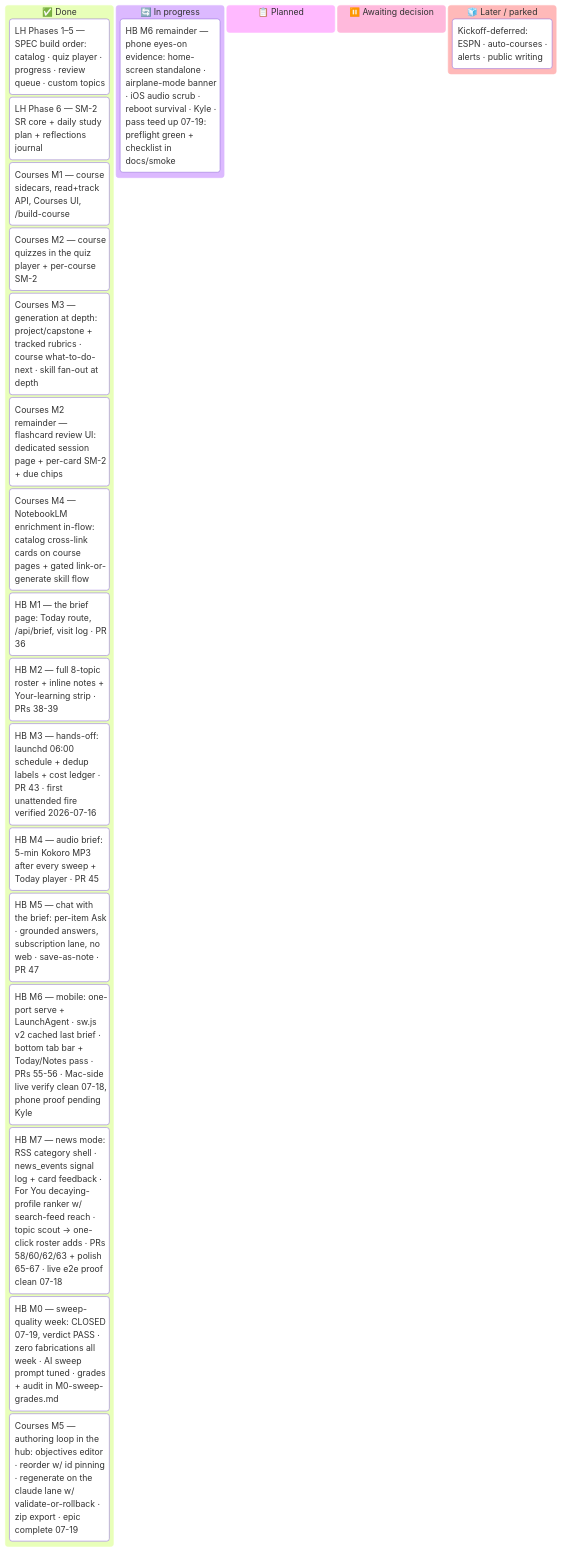
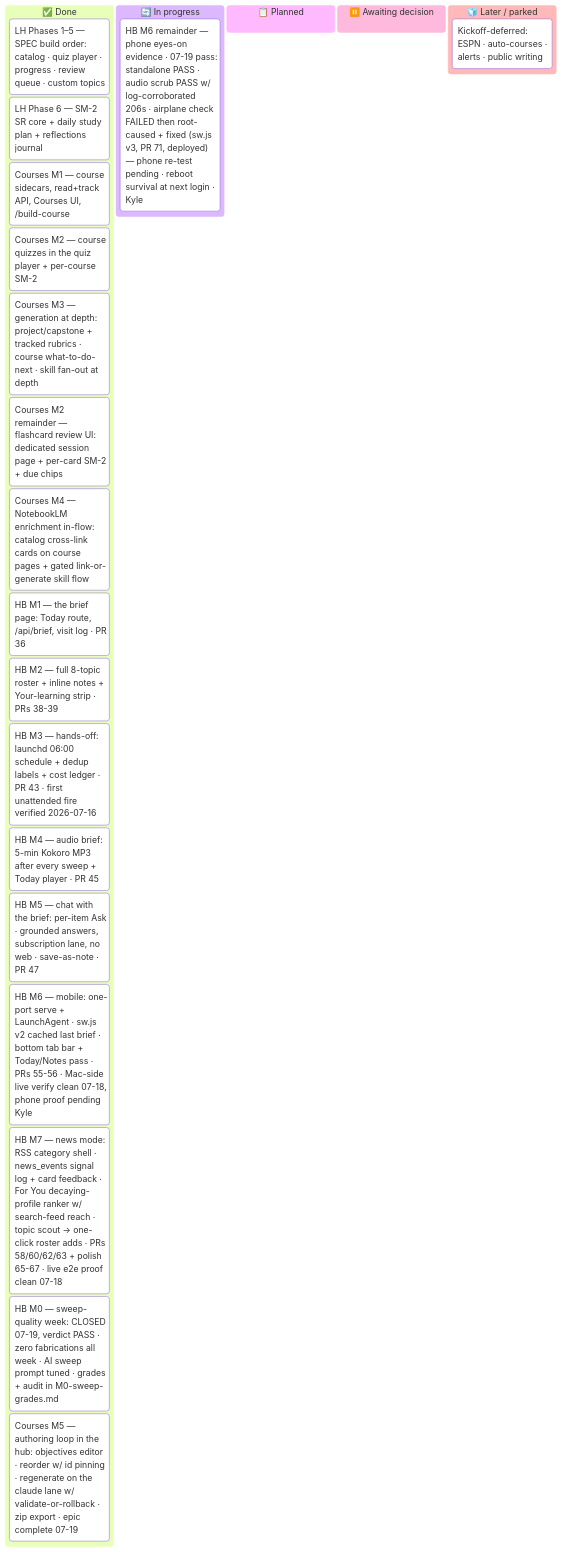
The diagram in docs/MASTER_PLAN.md (ksdisch/home-base), drawn with Mermaid before and after one commit. The commit also changed other lines of this file and 1 other file, not shown here.

Commit message:
docs(smoke): record M6 pass evidence — 1+3 PASS, airplane FAIL root-caused + fixed, re-test pending
Check 1 (home-screen standalone): PASS, Kyle 07-19 (+ recorded the iOS share-sheet
detour). Check 3 (iOS audio scrub): PASS, corroborated by 3x phone-IP 206 lines in
launchd.log. Check 2 (airplane offline): attempt 1 FAILED blank-white; root cause +
fix sw.js v3 (PR #71, merged/deployed, Chromium offline run renders brief + banner);
boxes stay unticked until the phone re-test. Check 4 unchanged (next login); noted
the kickstart KeepAlive re-proof. Addendum: pass also caught the stale pre-#52
backend process (phone habit 404s) -> kickstarted onto current main.

MASTER_PLAN: hbm6proof card + M6 remainder note updated to the same status.

````diff
--- a/docs/MASTER_PLAN.md
+++ b/docs/MASTER_PLAN.md
@@ -42,26 +42,26 @@
 ```mermaid
 kanban
   done["✅ Done"]
     lh15["LH Phases 1–5 — SPEC build order: catalog · quiz player · progress · review queue · custom topics"]
     lh6["LH Phase 6 — SM-2 SR core + daily study plan + reflections journal"]
     lh7["Courses M1 — course sidecars, read+track API, Courses UI, /build-course"]
     lh7m2["Courses M2 — course quizzes in the quiz player + per-course SM-2"]
     lh7m3["Courses M3 — generation at depth: project/capstone + tracked rubrics · course what-to-do-next · skill fan-out at depth"]
     lh7fc["Courses M2 remainder — flashcard review UI: dedicated session page + per-card SM-2 + due chips"]
     lh7m4["Courses M4 — NotebookLM enrichment in-flow: catalog cross-link cards on course pages + gated link-or-generate skill flow"]
     hbm1["HB M1 — the brief page: Today route, /api/brief, visit log · PR 36"]
     hbm2["HB M2 — full 8-topic roster + inline notes + Your-learning strip · PRs 38-39"]
     hbm3["HB M3 — hands-off: launchd 06:00 schedule + dedup labels + cost ledger · PR 43 · first unattended fire verified 2026-07-16"]
     hbm4["HB M4 — audio brief: 5-min Kokoro MP3 after every sweep + Today player · PR 45"]
     hbm5["HB M5 — chat with the brief: per-item Ask · grounded answers, subscription lane, no web · save-as-note · PR 47"]
     hbm6["HB M6 — mobile: one-port serve + LaunchAgent · sw.js v2 cached last brief · bottom tab bar + Today/Notes pass · PRs 55-56 · Mac-side live verify clean 07-18, phone proof pending Kyle"]
     hbm7["HB M7 — news mode: RSS category shell · news_events signal log + card feedback · For You decaying-profile ranker w/ search-feed reach · topic scout → one-click roster adds · PRs 58/60/62/63 + polish 65-67 · live e2e proof clean 07-18"]
     hbm0["HB M0 — sweep-quality week: CLOSED 07-19, verdict PASS · zero fabrications all week · AI sweep prompt tuned · grades + audit in M0-sweep-grades.md"]
     cm5["Courses M5 — authoring loop in the hub: objectives editor · reorder w/ id pinning · regenerate on the claude lane w/ validate-or-rollback · zip export · epic complete 07-19"]
   doing["🔄 In progress"]
-    hbm6proof["HB M6 remainder — phone eyes-on evidence: home-screen standalone · airplane-mode banner · iOS audio scrub · reboot survival · Kyle · pass teed up 07-19: preflight green + checklist in docs/smoke"]
+    hbm6proof["HB M6 remainder — phone eyes-on evidence · 07-19 pass: standalone PASS · audio scrub PASS w/ log-corroborated 206s · airplane check FAILED then root-caused + fixed (sw.js v3, PR 71, deployed) — phone re-test pending · reboot survival at next login · Kyle"]
   next["📋 Planned"]
   decide["⏸️ Awaiting decision"]
   later["🧊 Later / parked"]
     defer["Kickoff-deferred: ESPN · auto-courses · alerts · public writing"]
 ```
````
